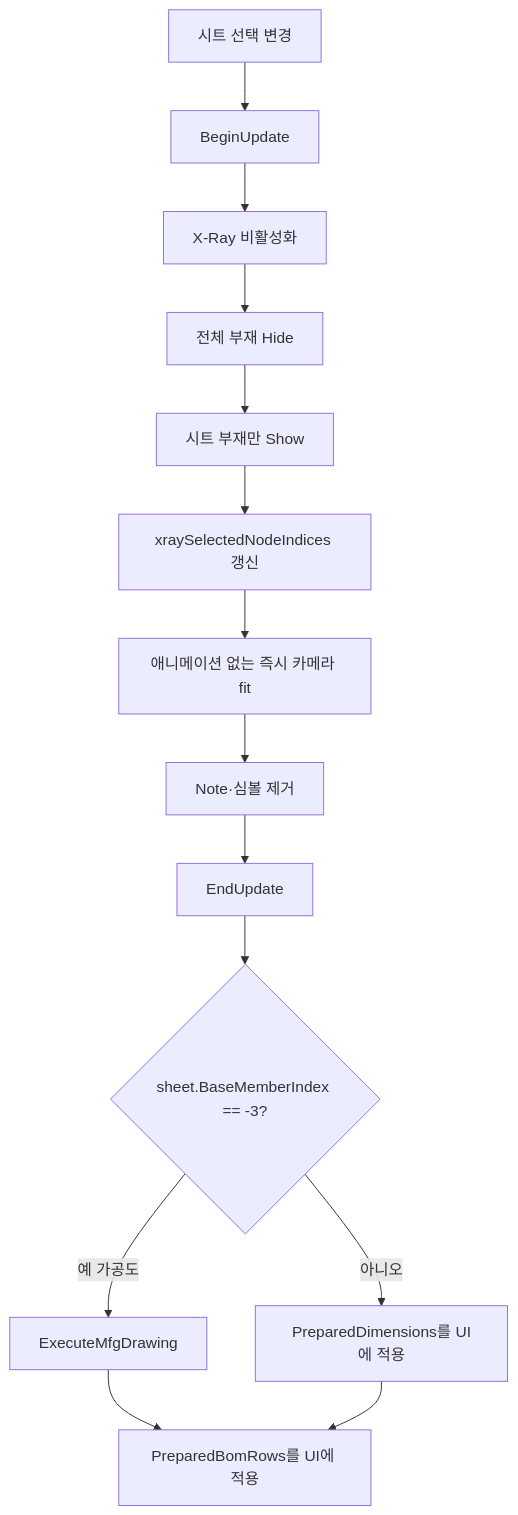
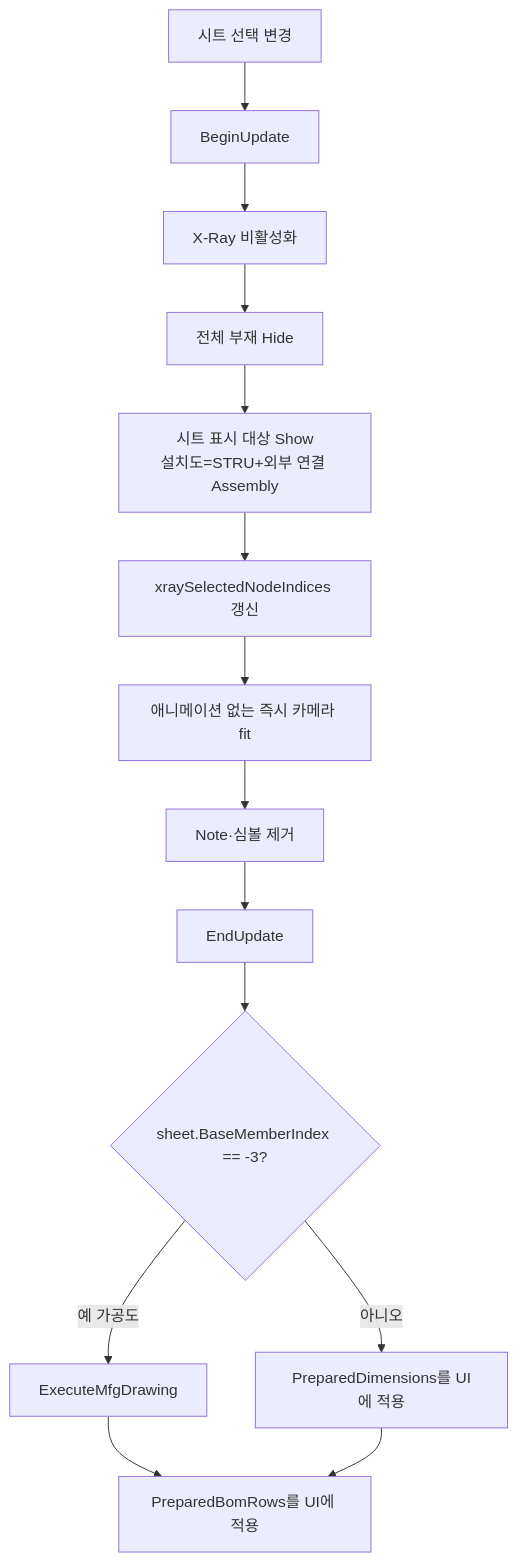
One commit to uuuuj/a2z changed the diagram in docs/기능/도면시트/시트 선택.md. Above: the diagram before and after it, drawn with Mermaid. The commit also changed other lines of this file and 16 other files, not shown here.

````diff
--- a/docs/기능/도면시트/시트 선택.md
+++ b/docs/기능/도면시트/시트 선택.md
@@ -28,16 +28,16 @@
 ```mermaid
 flowchart TD
     A[시트 선택 변경] --> B[BeginUpdate]
     B --> C[X-Ray 비활성화]
     C --> D[전체 부재 Hide]
-    D --> E[시트 부재만 Show]
+    D --> E[시트 표시 대상 Show<br/>설치도=STRU+외부 연결 Assembly]
     E --> F[xraySelectedNodeIndices 갱신]
     F --> G[애니메이션 없는 즉시 카메라 fit]
     G --> H[Note·심볼 제거]
     H --> I[EndUpdate]
     I --> J{sheet.BaseMemberIndex == -3?}
     J -- 예 가공도 --> K[ExecuteMfgDrawing]
     J -- 아니오 --> L[PreparedDimensions를 UI에 적용]
     K --> M[PreparedBomRows를 UI에 적용]
     L --> M
 ```
````
